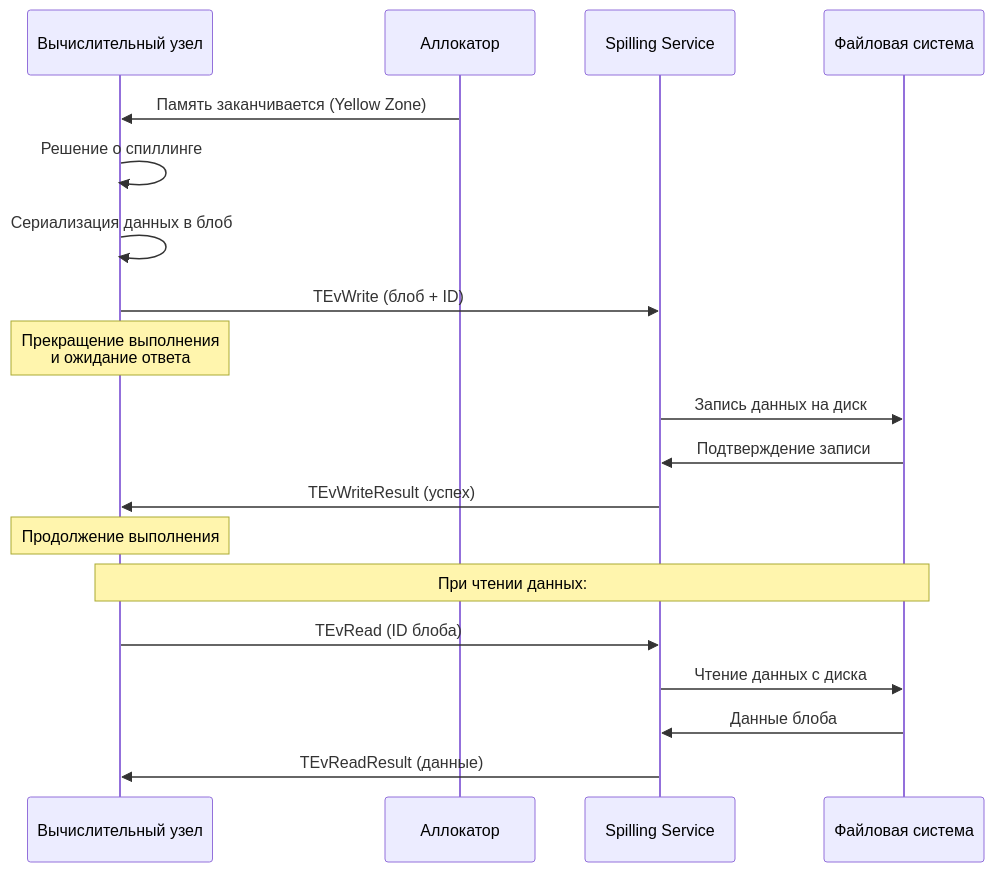
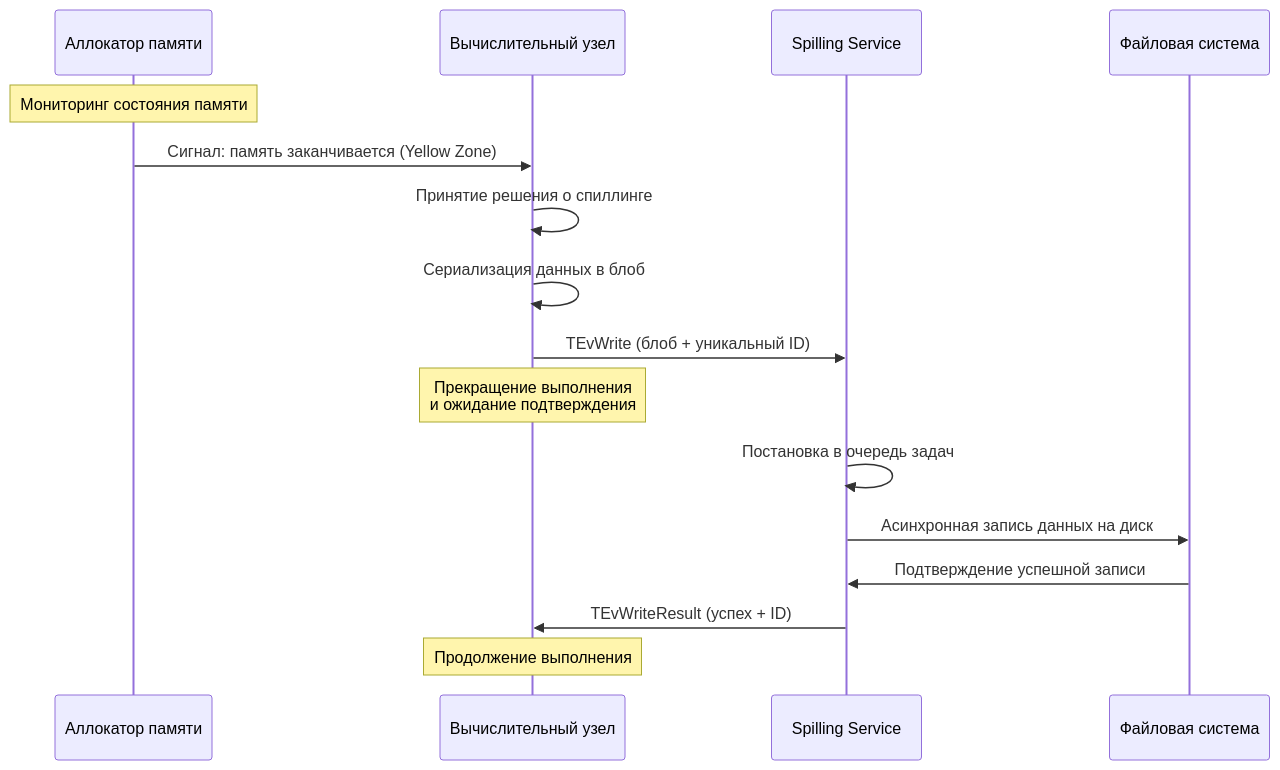
One commit to ydb-platform/ydb changed the first of 2 diagrams in ydb/docs/ru/core/concepts/spilling.md. Above: the diagram before and after it, drawn with Mermaid. The commit also changed other lines of this file, not shown here.

````diff
--- a/ydb/docs/ru/core/concepts/spilling.md
+++ b/ydb/docs/ru/core/concepts/spilling.md
@@ -90,23 +93,19 @@
 ```mermaid
 sequenceDiagram
+    participant AL as Аллокатор памяти
     participant CN as Вычислительный узел
-    participant AL as Аллокатор
     participant SS as Spilling Service
     participant FS as Файловая система
 
-    AL->>CN: Память заканчивается (Yellow Zone)
-    CN->>CN: Решение о спиллинге
+    Note over AL: Мониторинг состояния памяти
+    AL->>CN: Сигнал: память заканчивается (Yellow Zone)
+    CN->>CN: Принятие решения о спиллинге
     CN->>CN: Сериализация данных в блоб
-    CN->>SS: TEvWrite (блоб + ID)
-    Note over CN: Прекращение выполнения<br/>и ожидание ответа
-    SS->>FS: Запись данных на диск
-    FS->>SS: Подтверждение записи
-    SS->>CN: TEvWriteResult (успех)
+    CN->>SS: TEvWrite (блоб + уникальный ID)
+    Note over CN: Прекращение выполнения<br/>и ожидание подтверждения
+    SS->>SS: Постановка в очередь задач
+    SS->>FS: Асинхронная запись данных на диск
+    FS->>SS: Подтверждение успешной записи
+    SS->>CN: TEvWriteResult (успех + ID)
     Note over CN: Продолжение выполнения
-    
-    Note over CN,FS: При чтении данных:
-    CN->>SS: TEvRead (ID блоба)
-    SS->>FS: Чтение данных с диска
-    FS->>SS: Данные блоба
-    SS->>CN: TEvReadResult (данные)
 ```
````
